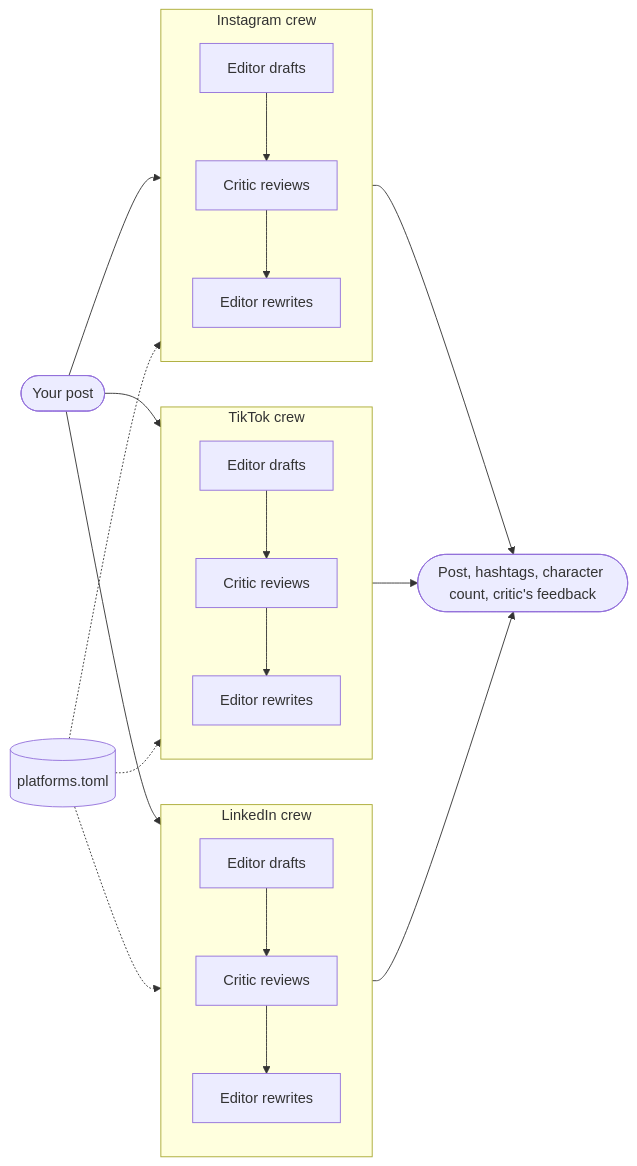
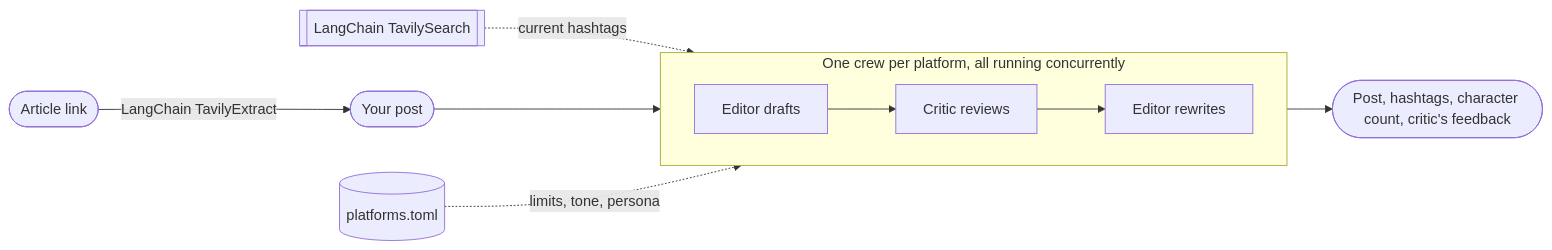
One commit to sriharish252/SocialMediaPlatformSpecificContentEditor changed the diagram in README.md. Above: the diagram before and after it, drawn with Mermaid. The commit also changed other lines of this file and 1 other file, not shown here.

Commit message:
Document link input and hashtag research
- Add TAVILY_API_KEY to .env.example and the quick start as optional
- Redraw the README diagram as one representative crew with the two LangChain tools feeding it, since three parallel crews made the arrows unreadable

````diff
--- a/README.md
+++ b/README.md
@@ -11,18 +11,12 @@
 ```mermaid
 flowchart LR
-    post([Your post]) --> ig & tt & li
-    rules[(platforms.toml)] -.-> ig & tt & li
-    subgraph ig [Instagram crew]
-        direction TB
-        d1[Editor drafts] --> c1[Critic reviews] --> r1[Editor rewrites]
+    link([Article link]) -->|LangChain TavilyExtract| post([Your post])
+    post --> crew
+    subgraph crew [One crew per platform, all running concurrently]
+        direction LR
+        draft[Editor drafts] --> critique[Critic reviews] --> rewrite[Editor rewrites]
     end
-    subgraph tt [TikTok crew]
-        direction TB
-        d2[Editor drafts] --> c2[Critic reviews] --> r2[Editor rewrites]
-    end
-    subgraph li [LinkedIn crew]
-        direction TB
-        d3[Editor drafts] --> c3[Critic reviews] --> r3[Editor rewrites]
-    end
-    ig & tt & li --> out([Post, hashtags, character count, critic's feedback])
+    rules[(platforms.toml)] -.->|limits, tone, persona| crew
+    search[[LangChain TavilySearch]] -.->|current hashtags| draft
+    crew --> out([Post, hashtags, character count, critic's feedback])
 ```
````
